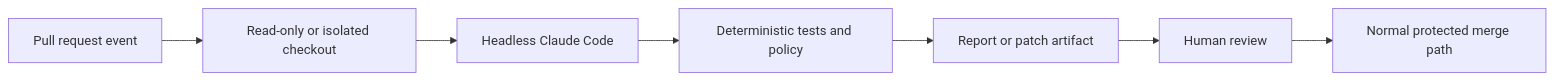
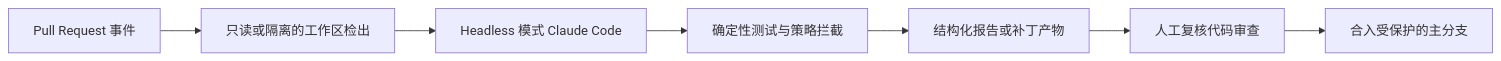
The second of 2 diagrams in certifications/claude/lessons/15-claude-code-for-development-teams/docs/en.md (cluster1900/ai-engineering-from-scratch-zh), drawn with Mermaid before and after one commit. The commit also changed other lines of this file and 187 other files, not shown here.

````diff
--- a/certifications/claude/lessons/15-claude-code-for-development-teams/docs/en.md
+++ b/certifications/claude/lessons/15-claude-code-for-development-teams/docs/en.md
@@ -420,9 +352,9 @@
 ```mermaid
 flowchart LR
-    Event[Pull request event] --> Checkout[Read-only or isolated checkout]
-    Checkout --> Agent[Headless Claude Code]
-    Agent --> Checks[Deterministic tests and policy]
-    Checks --> Artifact[Report or patch artifact]
-    Artifact --> Human[Human review]
-    Human --> Merge[Normal protected merge path]
+    Event[Pull Request 事件] --> Checkout[只读或隔离的工作区检出]
+    Checkout --> Agent[Headless 模式 Claude Code]
+    Agent --> Checks[确定性测试与策略拦截]
+    Checks --> Artifact[结构化报告或补丁产物]
+    Artifact --> Human[人工复核代码审查]
+    Human --> Merge[合入受保护的主分支]
 ```
````
